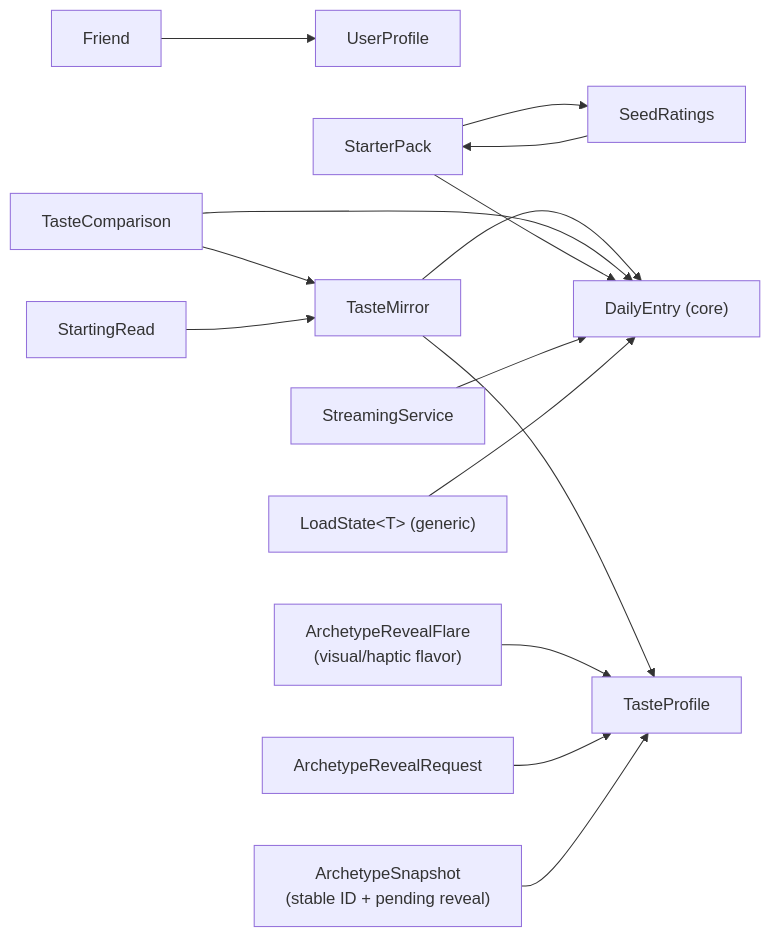
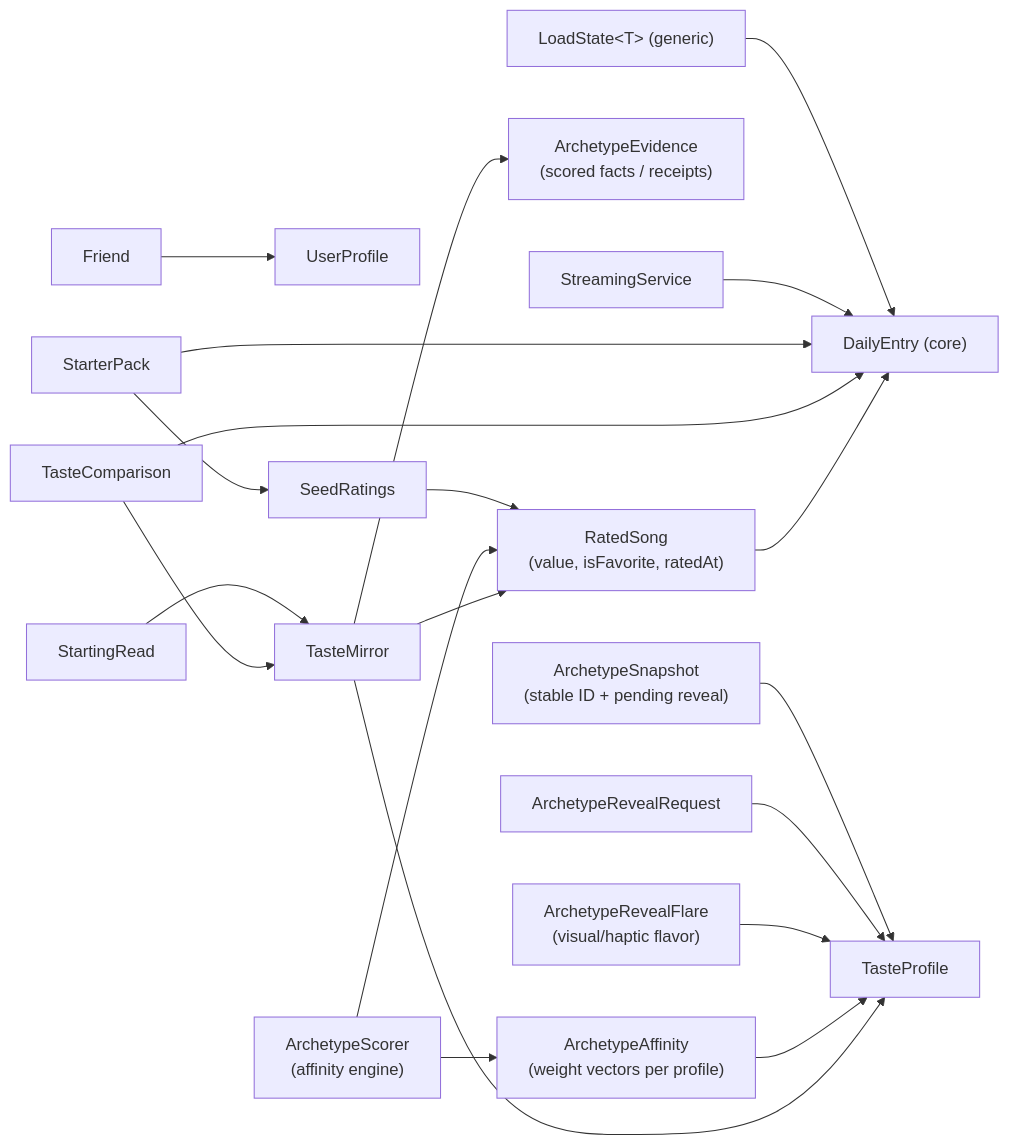
One commit to max-hagi/Daily-Music changed diagram 12 of 12 in docs/ARCHITECTURE.md. Above: the diagram before and after it, drawn with Mermaid. The commit also changed other lines of this file, not shown here.

First line of the commit message:
docs: update ARCHITECTURE.md for Archetype Engine v2

````diff
--- a/docs/ARCHITECTURE.md
+++ b/docs/ARCHITECTURE.md
@@ -391,21 +444,27 @@
 ```mermaid
 flowchart LR
     DailyEntry["DailyEntry (core)"]
     UserProfile
     TasteProfile
-    TasteMirror --> DailyEntry
+    RatedSong["RatedSong<br/>(value, isFavorite, ratedAt)"] --> DailyEntry
+    TasteMirror --> RatedSong
     TasteMirror --> TasteProfile
+    TasteMirror --> ArchetypeEvidence
+    ArchetypeAffinity["ArchetypeAffinity<br/>(weight vectors per profile)"] --> TasteProfile
+    ArchetypeScorer["ArchetypeScorer<br/>(affinity engine)"] --> ArchetypeAffinity
+    ArchetypeScorer --> RatedSong
+    ArchetypeEvidence["ArchetypeEvidence<br/>(scored facts / receipts)"]
     TasteComparison --> DailyEntry
     TasteComparison --> TasteMirror
     StartingRead --> TasteMirror
     StarterPack --> DailyEntry
     StarterPack --> SeedRatings
-    SeedRatings --> StarterPack
+    SeedRatings --> RatedSong
     Friend --> UserProfile
     StreamingService --> DailyEntry
     LoadState["LoadState&lt;T&gt; (generic)"] --> DailyEntry
     ArchetypeSnapshot["ArchetypeSnapshot<br/>(stable ID + pending reveal)"]
     ArchetypeRevealFlare["ArchetypeRevealFlare<br/>(visual/haptic flavor)"] --> TasteProfile
     ArchetypeRevealRequest["ArchetypeRevealRequest"] --> TasteProfile
     ArchetypeSnapshot --> TasteProfile
 ```
````
